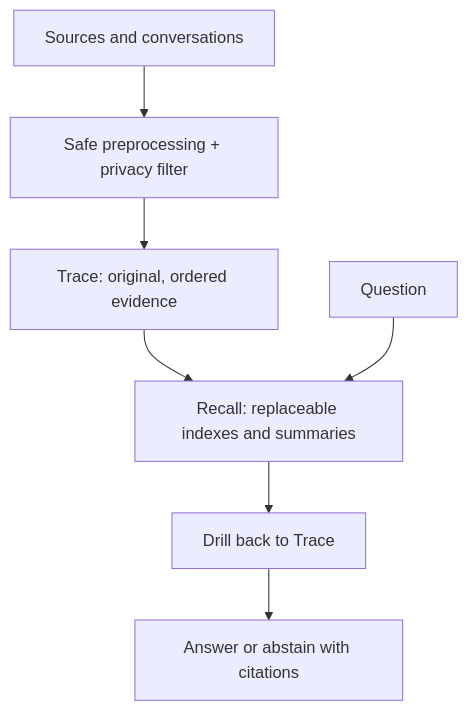
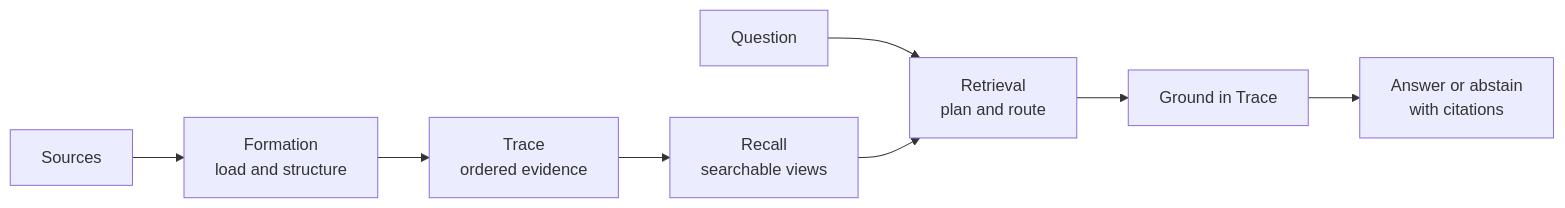
The diagram in README.md (shanmukh05/trisynapse-memory), drawn with Mermaid before and after one commit. The commit also changed other lines of this file and 76 other files, not shown here.

````diff
--- a/README.md
+++ b/README.md
@@ -314,9 +198,10 @@
 ```mermaid
-flowchart TD
-    S["Sources and conversations"] --> P["Safe preprocessing + privacy filter"]
-    P --> T["Trace: original, ordered evidence"]
-    T --> R["Recall: replaceable indexes and summaries"]
-    Q["Question"] --> R
-    R --> D["Drill back to Trace"]
-    D --> A["Answer or abstain with citations"]
+flowchart LR
+    S["Sources"] --> F["Formation<br/>load and structure"]
+    F --> T["Trace<br/>ordered evidence"]
+    T --> R["Recall<br/>searchable views"]
+    Q["Question"] --> P["Retrieval<br/>plan and route"]
+    R --> P
+    P --> G["Ground in Trace"]
+    G --> A["Answer or abstain<br/>with citations"]
 ```
````
